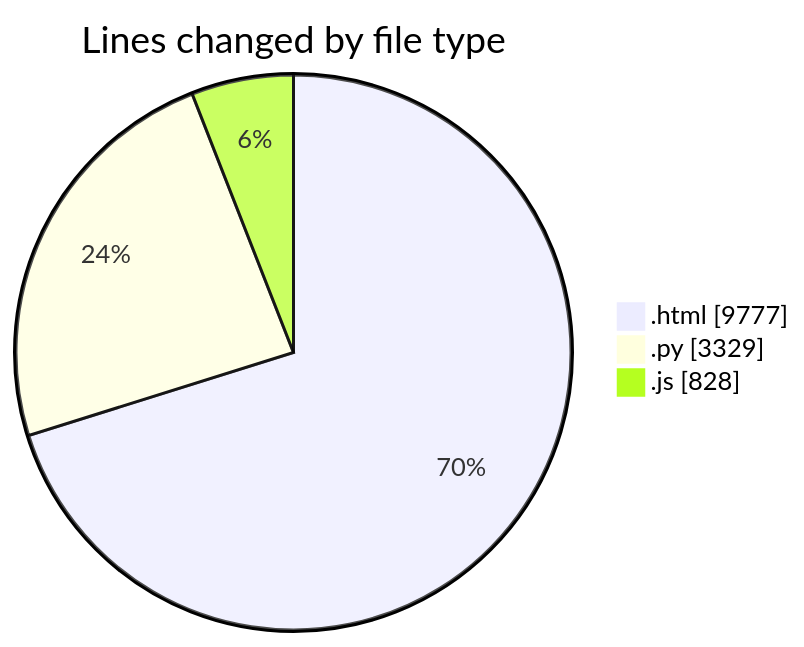
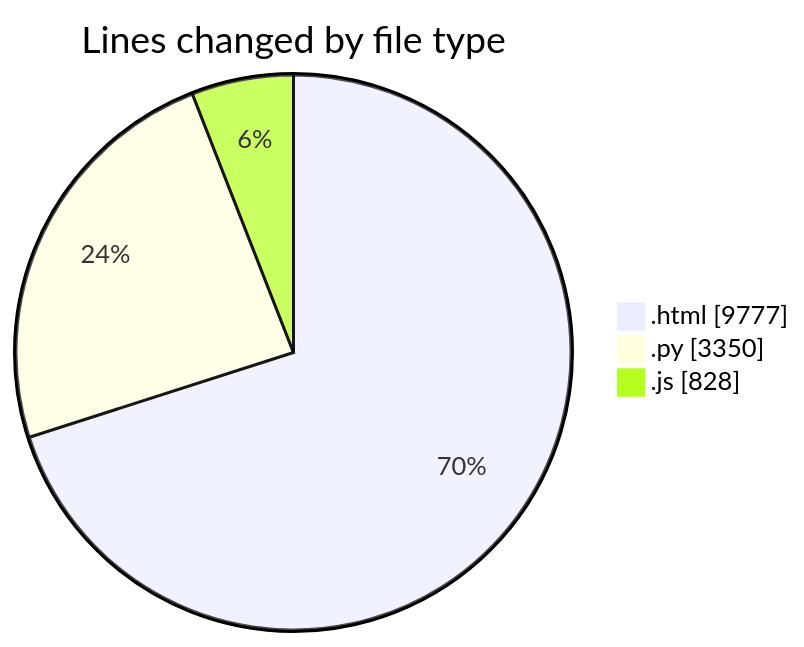
Before and after one commit to shibass792/code-tracking: the first of 2 diagrams in 2026-07-12/untitled__workspace_/README.md, drawn with Mermaid. The commit also changed other lines of this file and 1 other file, not shown here.

````diff
--- a/2026-07-12/untitled__workspace_/README.md
+++ b/2026-07-12/untitled__workspace_/README.md
@@ -29,7 +29,7 @@
 ```mermaid
 pie showData
 title Lines changed by file type
 ".html" : 9777
-".py" : 3329
+".py" : 3350
 ".js" : 828
 ```
````
